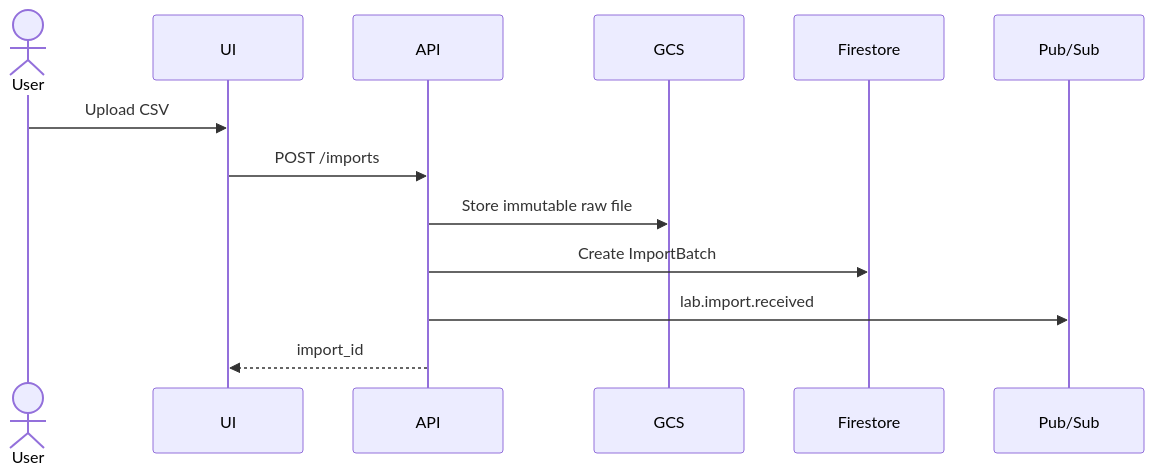
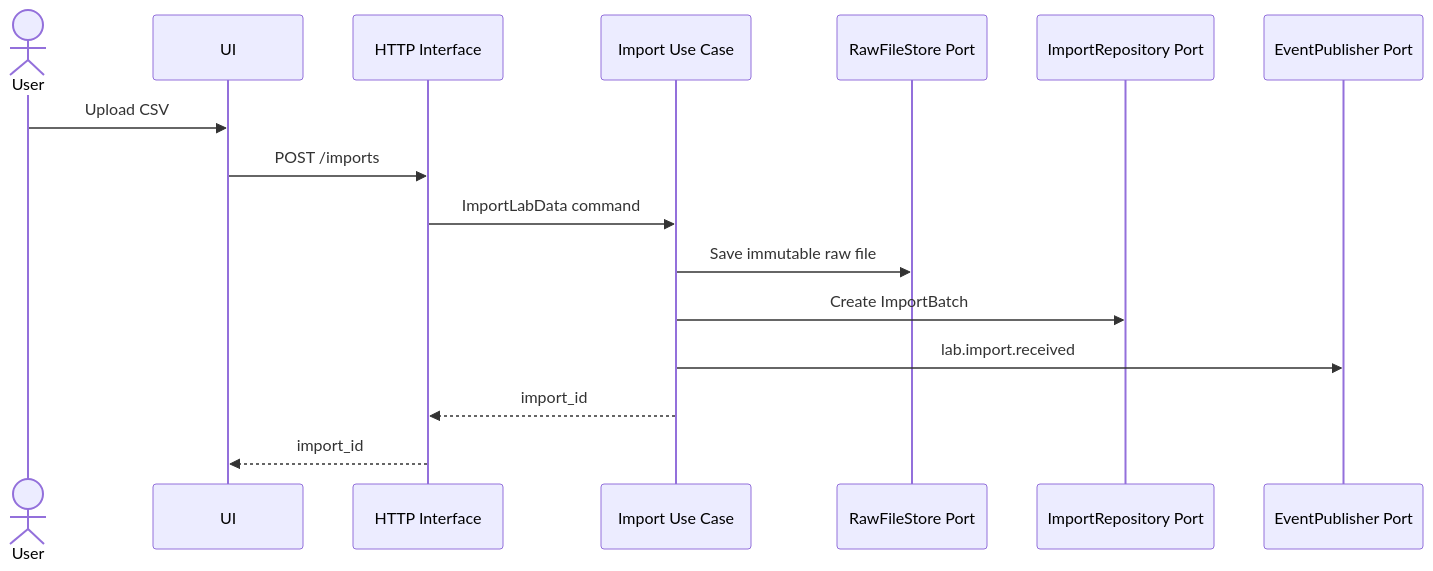
Before and after one commit to ronnielutaro/Ngabo-AMR-Surveillance: the fourth of 8 diagrams in docs/SYSTEM_DESIGN.md, drawn with Mermaid. The commit also changed other lines of this file, not shown here.

Commit message:
docs(architecture): apply clean architecture to system design

````diff
--- a/docs/SYSTEM_DESIGN.md
+++ b/docs/SYSTEM_DESIGN.md
@@ -94,16 +219,19 @@
 ```mermaid
 sequenceDiagram
     actor User
     participant UI
-    participant API
-    participant GCS
-    participant DB as Firestore
-    participant Bus as Pub/Sub
+    participant API as HTTP Interface
+    participant App as Import Use Case
+    participant Store as RawFileStore Port
+    participant Repo as ImportRepository Port
+    participant Bus as EventPublisher Port
 
     User->>UI: Upload CSV
     UI->>API: POST /imports
-    API->>GCS: Store immutable raw file
-    API->>DB: Create ImportBatch
-    API->>Bus: lab.import.received
+    API->>App: ImportLabData command
+    App->>Store: Save immutable raw file
+    App->>Repo: Create ImportBatch
+    App->>Bus: lab.import.received
+    App-->>API: import_id
     API-->>UI: import_id
 ```
````
